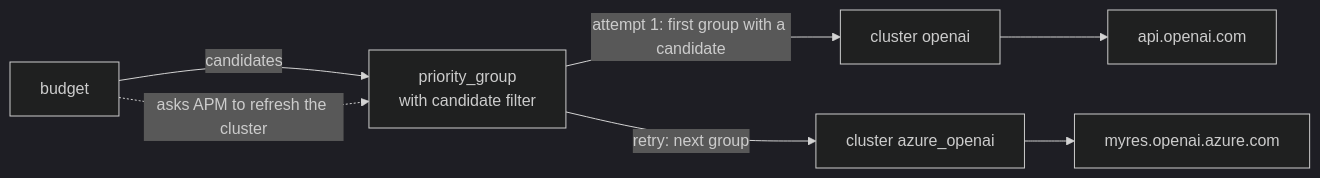
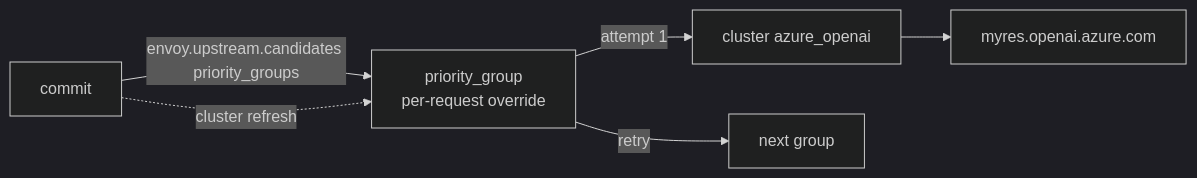
Before and after one commit to botengyao/envoy: the second of 3 diagrams in source/docs/ai_budget_routing.md, drawn with Mermaid (dark theme). The commit also changed other lines of this file, not shown here.

Commit message:
ai_protocol_manager: share upstream candidates across policy filters

````diff
--- a/source/docs/ai_budget_routing.md
+++ b/source/docs/ai_budget_routing.md
@@ -167,9 +227,8 @@
 ```mermaid
 flowchart LR
-  B[budget] -->|candidates| PG[priority_group<br/>with candidate filter]
-  B -.->|asks APM to refresh the cluster| PG
-  PG -->|attempt 1: first group with a candidate| C1[cluster openai]
-  PG -->|retry: next group| C2[cluster azure_openai]
-  C1 --> O[api.openai.com]
+  CM[commit] -->|envoy.upstream.candidates priority_groups| PG[priority_group<br/>per-request override]
+  CM -.->|cluster refresh| PG
+  PG -->|attempt 1| C2[cluster azure_openai]
+  PG -->|retry| C3[next group]
   C2 --> AZ[myres.openai.azure.com]
 ```
````
